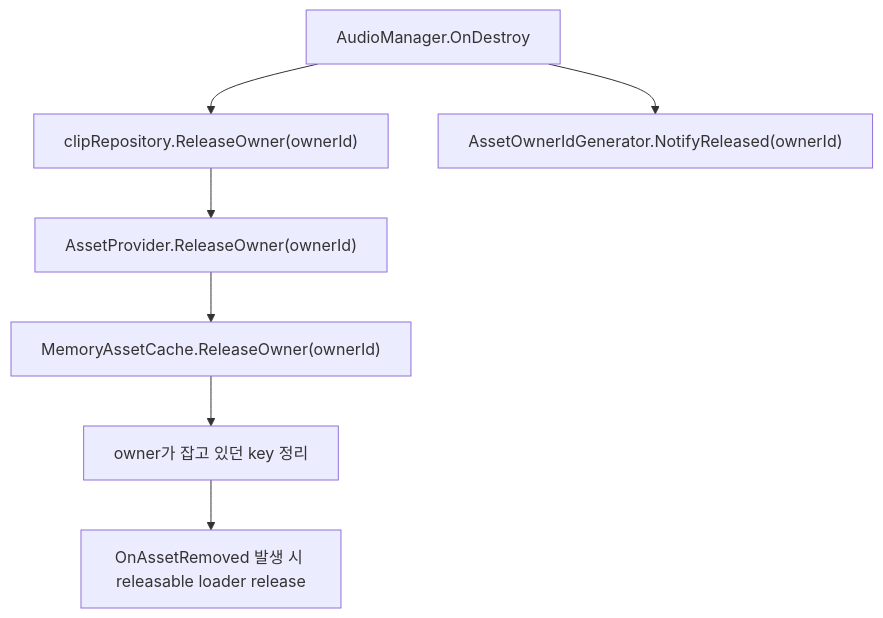
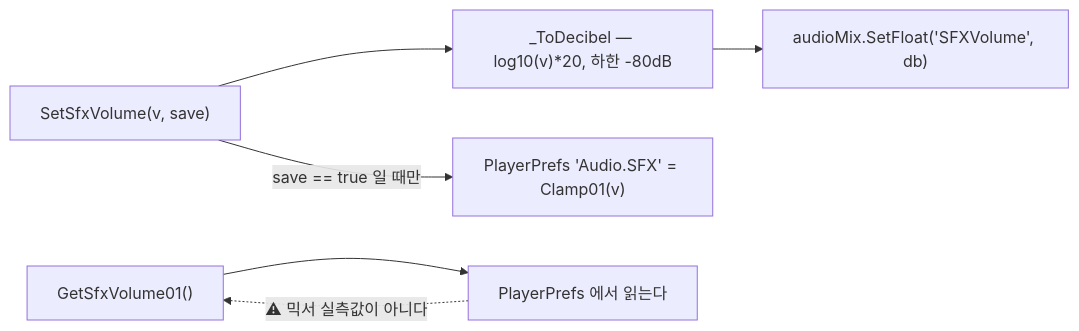
One commit to HoHong123/HCUP-Unity changed the eighth of 9 diagrams in HAudio/Runtime/README.md. Above: the diagram before and after it, drawn with Mermaid. The commit also changed other lines of this file and 22 other files, not shown here.

````diff
--- a/HAudio/Runtime/README.md
+++ b/HAudio/Runtime/README.md
@@ -138,9 +360,8 @@
 ```mermaid
-flowchart TD
-    A["AudioManager.OnDestroy"] --> B["clipRepository.ReleaseOwner(ownerId)"]
-    B --> C["AssetProvider.ReleaseOwner(ownerId)"]
-    C --> D["MemoryAssetCache.ReleaseOwner(ownerId)"]
-    D --> E["owner가 잡고 있던 key 정리"]
-    E --> F["OnAssetRemoved 발생 시 releasable loader release"]
-    A --> G["AssetOwnerIdGenerator.NotifyReleased(ownerId)"]
+flowchart LR
+    S["SetSfxVolume(v, save)"] --> D["_ToDecibel — log10(v)*20, 하한 -80dB"]
+    D --> M["audioMix.SetFloat('SFXVolume', db)"]
+    S -->|"save == true 일 때만"| P["PlayerPrefs 'Audio.SFX' = Clamp01(v)"]
+    G["GetSfxVolume01()"] --> P2["PlayerPrefs 에서 읽는다"]
+    P2 -.->|"⚠ 믹서 실측값이 아니다"| G
 ```
````
